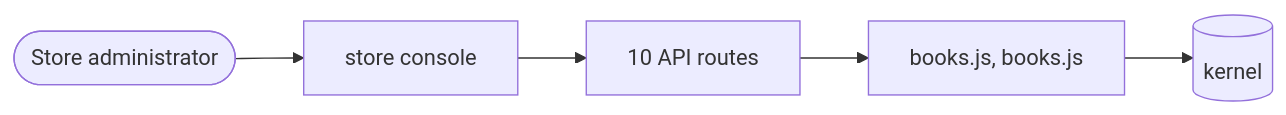
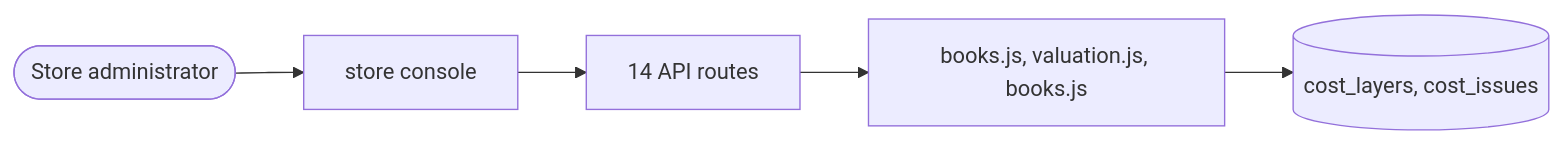
The diagram in docs/domains/books.md (echelonxventures-Projects/universal-product), drawn with Mermaid before and after one commit. The commit also changed other lines of this file and 24 other files, not shown here.

First line of the commit message:
feat(valuation): stock valuation — FIFO or weighted average, cost of goods sold

````diff
--- a/docs/domains/books.md
+++ b/docs/domains/books.md
@@ -37,8 +78,8 @@
 ```mermaid
 flowchart LR
   U([Store administrator]) --> UI[store console]
-  UI --> API[10 API routes]
-  API --> ENG[books.js, books.js]
-  ENG --> DB[(kernel)]
+  UI --> API[14 API routes]
+  API --> ENG[books.js, valuation.js, books.js]
+  ENG --> DB[(cost_layers, cost_issues)]
 
 ```
````
